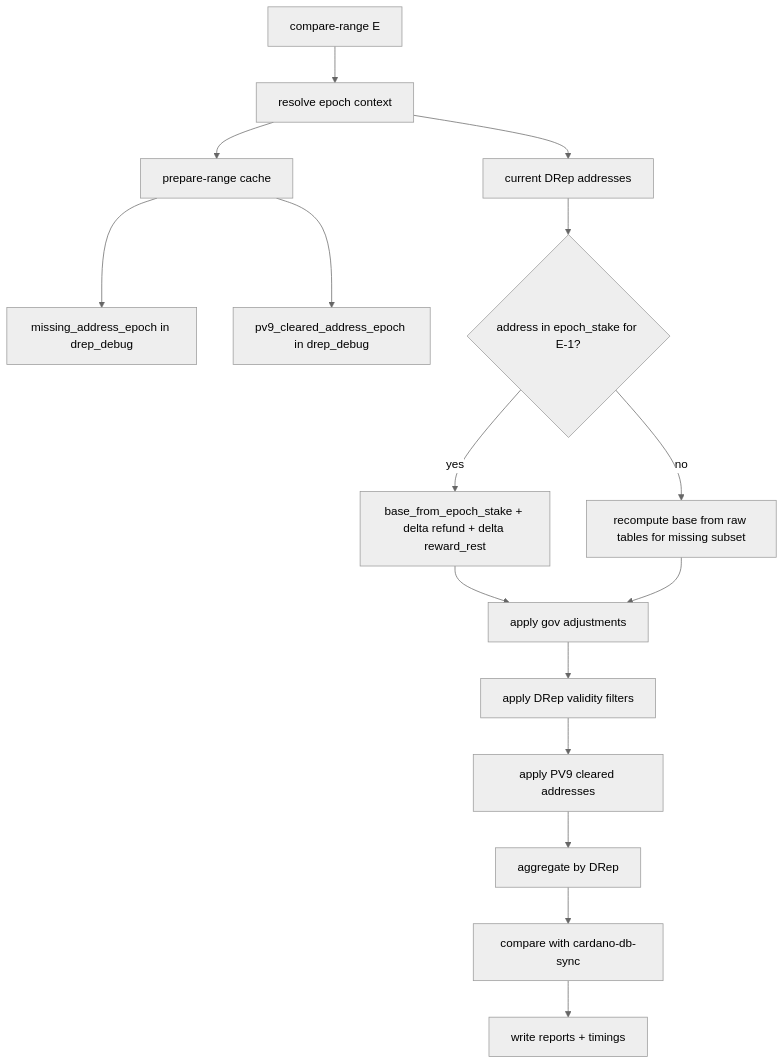
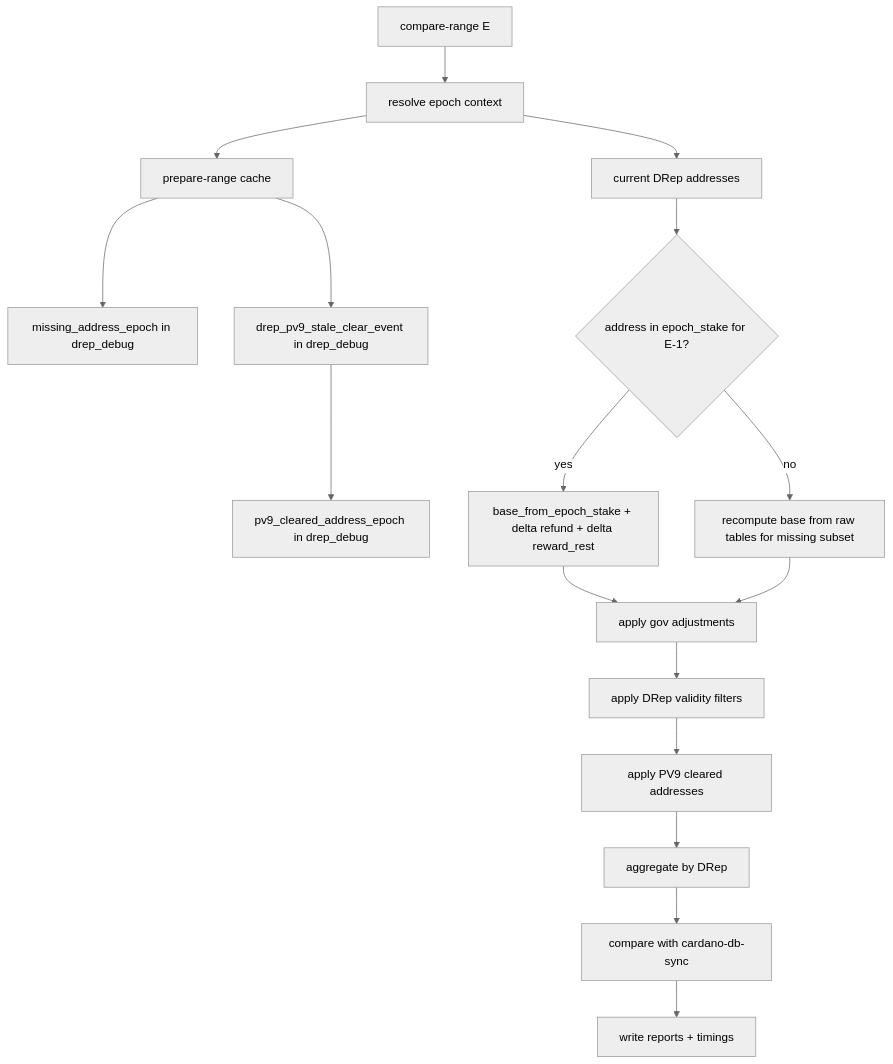
One commit to bloxbean/yaci-store changed the first of 2 diagrams in e2e-tests/tools/README.md. Above: the diagram before and after it, drawn with Mermaid (neutral theme). The commit also changed other lines of this file and 2 other files, not shown here.

Commit message:
Update DRep compare tool for PV9 clear event cache

````diff
--- a/e2e-tests/tools/README.md
+++ b/e2e-tests/tools/README.md
@@ -286,18 +290,19 @@
 ```mermaid
 flowchart TD
     A["compare-range E"] --> B["resolve epoch context"]
     B --> C["prepare-range cache"]
     C --> C1["missing_address_epoch in drep_debug"]
-    C --> C2["pv9_cleared_address_epoch in drep_debug"]
+    C --> C2["drep_pv9_stale_clear_event in drep_debug"]
+    C2 --> C3["pv9_cleared_address_epoch in drep_debug"]
     B --> D["current DRep addresses"]
     D --> E{"address in epoch_stake for E-1?"}
     E -->|yes| F["base_from_epoch_stake + delta refund + delta reward_rest"]
     E -->|no| G["recompute base from raw tables for missing subset"]
     F --> H["apply gov adjustments"]
     G --> H
     H --> I["apply DRep validity filters"]
     I --> J["apply PV9 cleared addresses"]
     J --> K["aggregate by DRep"]
     K --> L["compare with cardano-db-sync"]
     L --> M["write reports + timings"]
 ```
````
